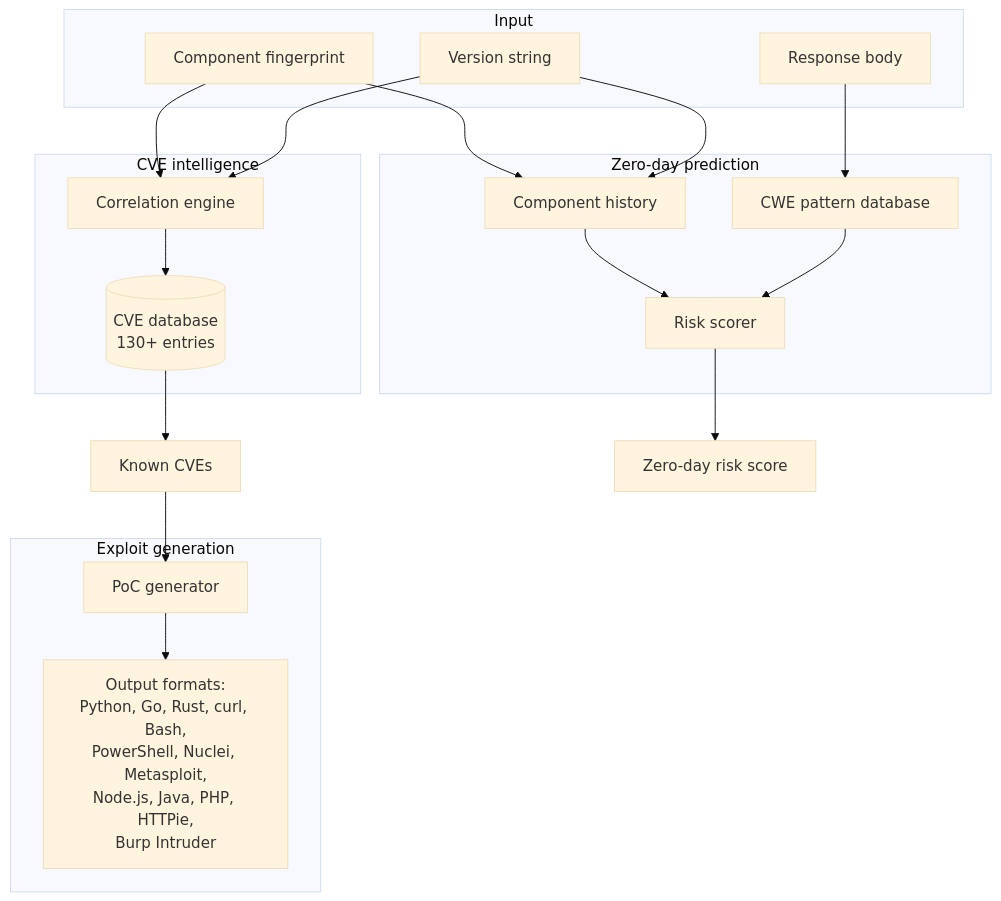
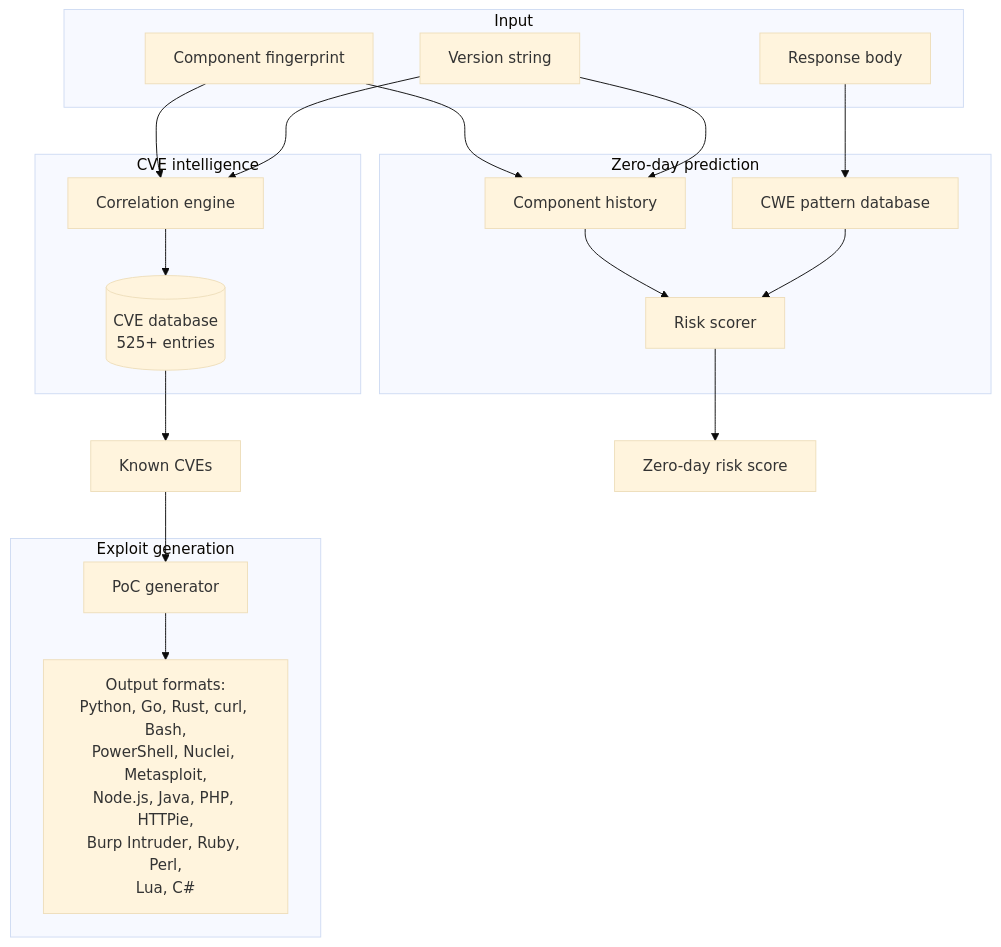
One commit to Karmanya03/Grym changed the sixth of 8 diagrams in docs/ARCHITECTURE.md. Above: the diagram before and after it, drawn with Mermaid (base theme). The commit also changed other lines of this file and 13 other files, not shown here.

````diff
--- a/docs/ARCHITECTURE.md
+++ b/docs/ARCHITECTURE.md
@@ -277,38 +287,38 @@
 ```mermaid
 flowchart TB
     subgraph input["Input"]
         FINGER["Component fingerprint"]
         VERSION["Version string"]
         BODY["Response body"]
     end
 
     subgraph cve["CVE intelligence"]
-        DB[("CVE database<br/>130+ entries")]
+        DB[("CVE database<br/>525+ entries")]
         LOOKUP["Correlation engine"]
     end
 
     subgraph exploit["Exploit generation"]
         GEN["PoC generator"]
-        FORMATS["Output formats:<br/>Python, Go, Rust, curl, Bash,<br/>PowerShell, Nuclei, Metasploit,<br/>Node.js, Java, PHP, HTTPie,<br/>Burp Intruder"]
+        FORMATS["Output formats:<br/>Python, Go, Rust, curl, Bash,<br/>PowerShell, Nuclei, Metasploit,<br/>Node.js, Java, PHP, HTTPie,<br/>Burp Intruder, Ruby, Perl,<br/>Lua, C#"]
     end
 
     subgraph predict["Zero-day prediction"]
         HIST["Component history"]
         CWE["CWE pattern database"]
         SCORE["Risk scorer"]
     end
 
     FINGER --> LOOKUP
     VERSION --> LOOKUP
     LOOKUP --> DB
     DB --> KNOWN["Known CVEs"]
     KNOWN --> GEN
     GEN --> FORMATS
 
     FINGER --> HIST
     VERSION --> HIST
     BODY --> CWE
     HIST --> SCORE
     CWE --> SCORE
     SCORE --> RISK["Zero-day risk score"]
 ```
````
